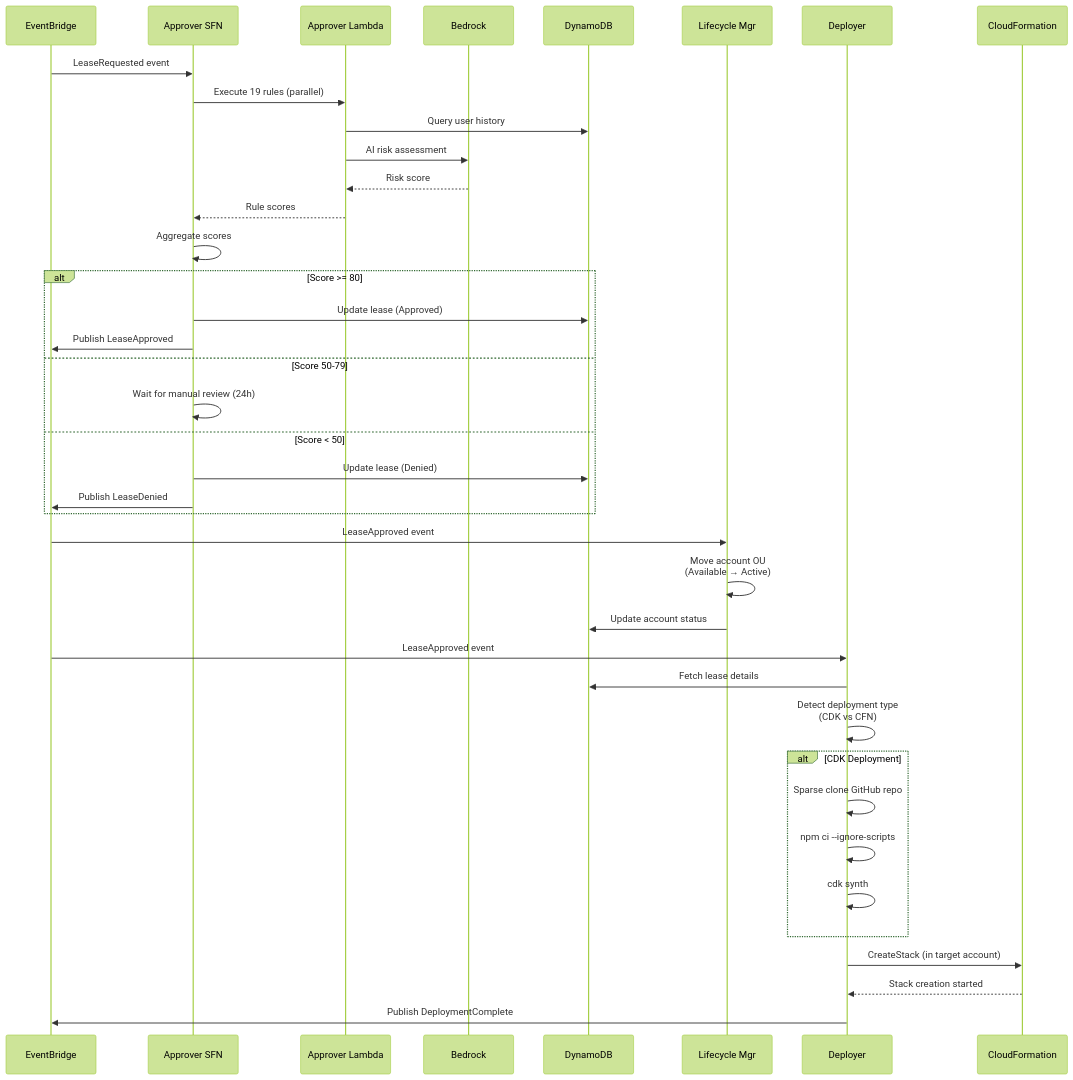
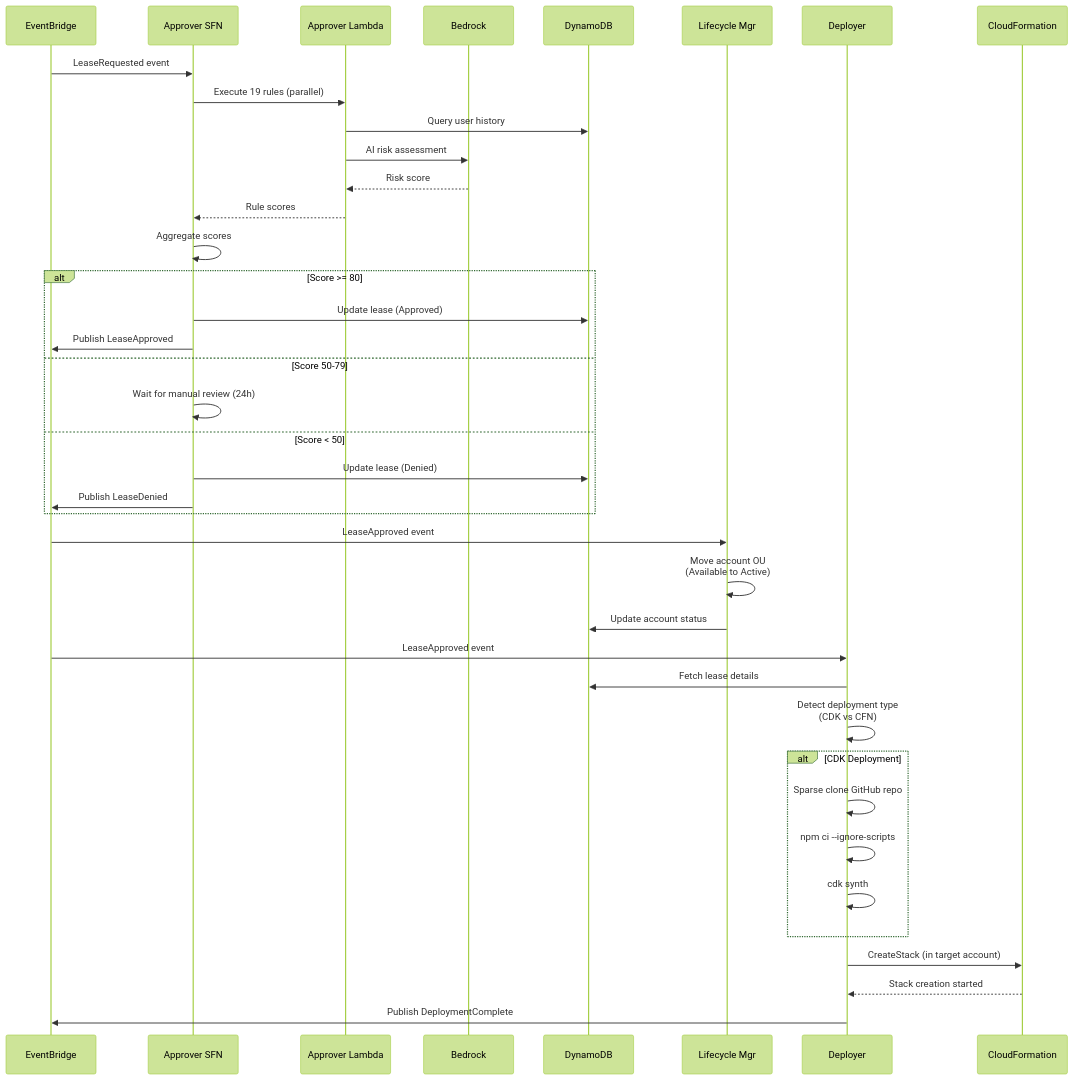
One commit to co-cddo/ndx-try-arch changed the second of 5 diagrams in docs/70-data-flows.md. Above: the diagram before and after it, drawn with Mermaid (forest theme). The commit also changed other lines of this file and 41 other files, not shown here.

First line of the commit message:
docs: update NDX architecture documentation (#9)

````diff
--- a/docs/70-data-flows.md
+++ b/docs/70-data-flows.md
@@ -197,50 +188,50 @@
 ```mermaid
 sequenceDiagram
     participant EventBridge
     participant Approver SFN
     participant Approver Lambda
     participant Bedrock
     participant DynamoDB
     participant Lifecycle Mgr
     participant Deployer
     participant CloudFormation
 
     EventBridge->>Approver SFN: LeaseRequested event
 
     Approver SFN->>Approver Lambda: Execute 19 rules (parallel)
     Approver Lambda->>DynamoDB: Query user history
     Approver Lambda->>Bedrock: AI risk assessment
     Bedrock-->>Approver Lambda: Risk score
     Approver Lambda-->>Approver SFN: Rule scores
 
     Approver SFN->>Approver SFN: Aggregate scores
 
     alt Score >= 80
         Approver SFN->>DynamoDB: Update lease (Approved)
         Approver SFN->>EventBridge: Publish LeaseApproved
     else Score 50-79
         Approver SFN->>Approver SFN: Wait for manual review (24h)
     else Score < 50
         Approver SFN->>DynamoDB: Update lease (Denied)
         Approver SFN->>EventBridge: Publish LeaseDenied
     end
 
     EventBridge->>Lifecycle Mgr: LeaseApproved event
-    Lifecycle Mgr->>Lifecycle Mgr: Move account OU<br/>(Available → Active)
+    Lifecycle Mgr->>Lifecycle Mgr: Move account OU<br/>(Available to Active)
     Lifecycle Mgr->>DynamoDB: Update account status
 
     EventBridge->>Deployer: LeaseApproved event
     Deployer->>DynamoDB: Fetch lease details
     Deployer->>Deployer: Detect deployment type<br/>(CDK vs CFN)
 
     alt CDK Deployment
         Deployer->>Deployer: Sparse clone GitHub repo
         Deployer->>Deployer: npm ci --ignore-scripts
         Deployer->>Deployer: cdk synth
     end
 
     Deployer->>CloudFormation: CreateStack (in target account)
     CloudFormation-->>Deployer: Stack creation started
 
     Deployer->>EventBridge: Publish DeploymentComplete
 ```
````
